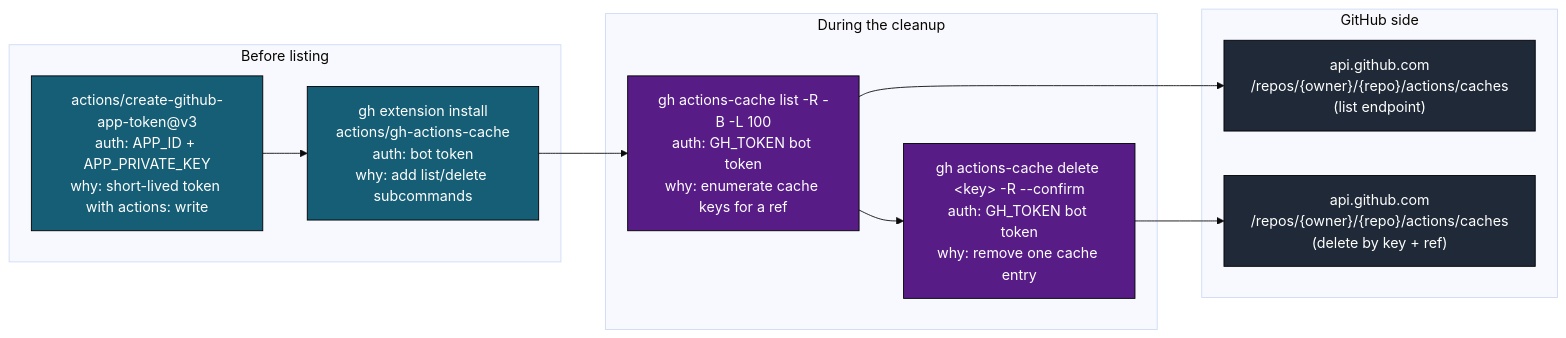
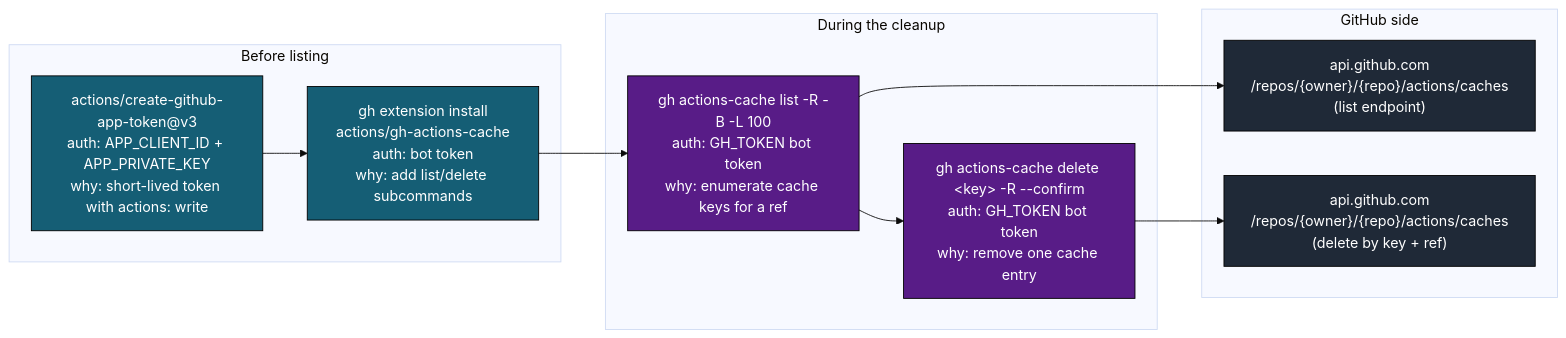
Before and after one commit to llm-exe/llm-exe: the eighth of 12 diagrams in .github/docs/CACHE_CLEANUP_DEEP_DIVE.md, drawn with Mermaid (base theme). The commit also changed other lines of this file and 13 other files, not shown here.

Commit message:
fix: update references from APP_ID to APP_CLIENT_ID in documentation

````diff
--- a/.github/docs/CACHE_CLEANUP_DEEP_DIVE.md
+++ b/.github/docs/CACHE_CLEANUP_DEEP_DIVE.md
@@ -364,27 +364,27 @@
 ```mermaid
 flowchart LR
     classDef pre fill:#155e75,color:#fff,stroke:#000
     classDef tool fill:#581c87,color:#fff,stroke:#000
     classDef api fill:#1f2937,color:#fff,stroke:#000
 
     subgraph Setup["Before listing"]
-        s1["actions/create-github-app-token@v3\nauth: APP_ID + APP_PRIVATE_KEY\nwhy: short-lived token with actions: write"]:::pre
+        s1["actions/create-github-app-token@v3\nauth: APP_CLIENT_ID + APP_PRIVATE_KEY\nwhy: short-lived token with actions: write"]:::pre
         s2["gh extension install\nactions/gh-actions-cache\nauth: bot token\nwhy: add list/delete subcommands"]:::pre
     end
 
     subgraph Runtime["During the cleanup"]
         d1["gh actions-cache list -R -B -L 100\nauth: GH_TOKEN bot token\nwhy: enumerate cache keys for a ref"]:::tool
         d2["gh actions-cache delete &lt;key&gt; -R --confirm\nauth: GH_TOKEN bot token\nwhy: remove one cache entry"]:::tool
     end
 
     subgraph Backend["GitHub side"]
         b1["api.github.com\n/repos/{owner}/{repo}/actions/caches\n(list endpoint)"]:::api
         b2["api.github.com\n/repos/{owner}/{repo}/actions/caches\n(delete by key + ref)"]:::api
     end
 
     s1 --> s2
     s2 --> d1
     d1 --> b1
     d1 --> d2
     d2 --> b2
 ```
````
